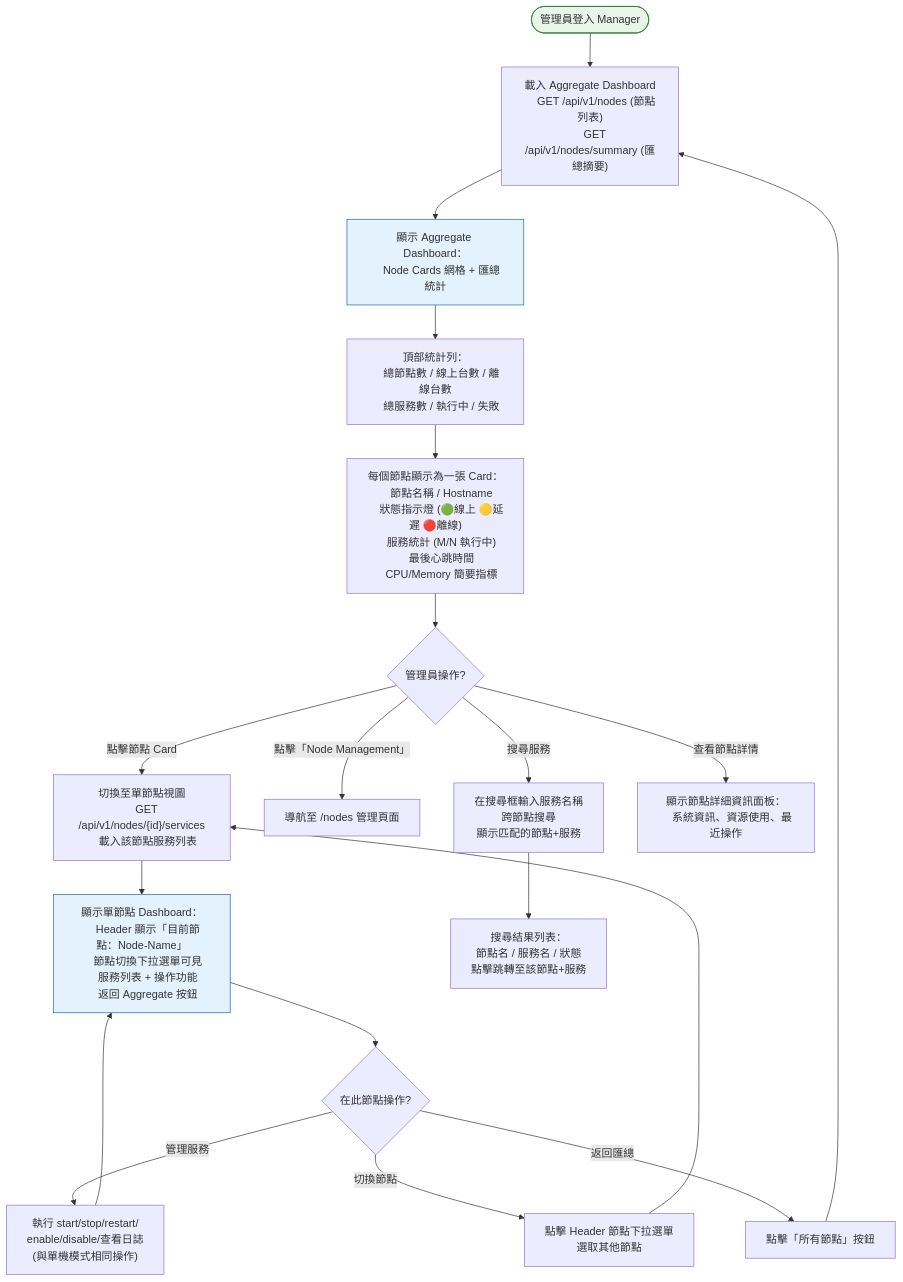
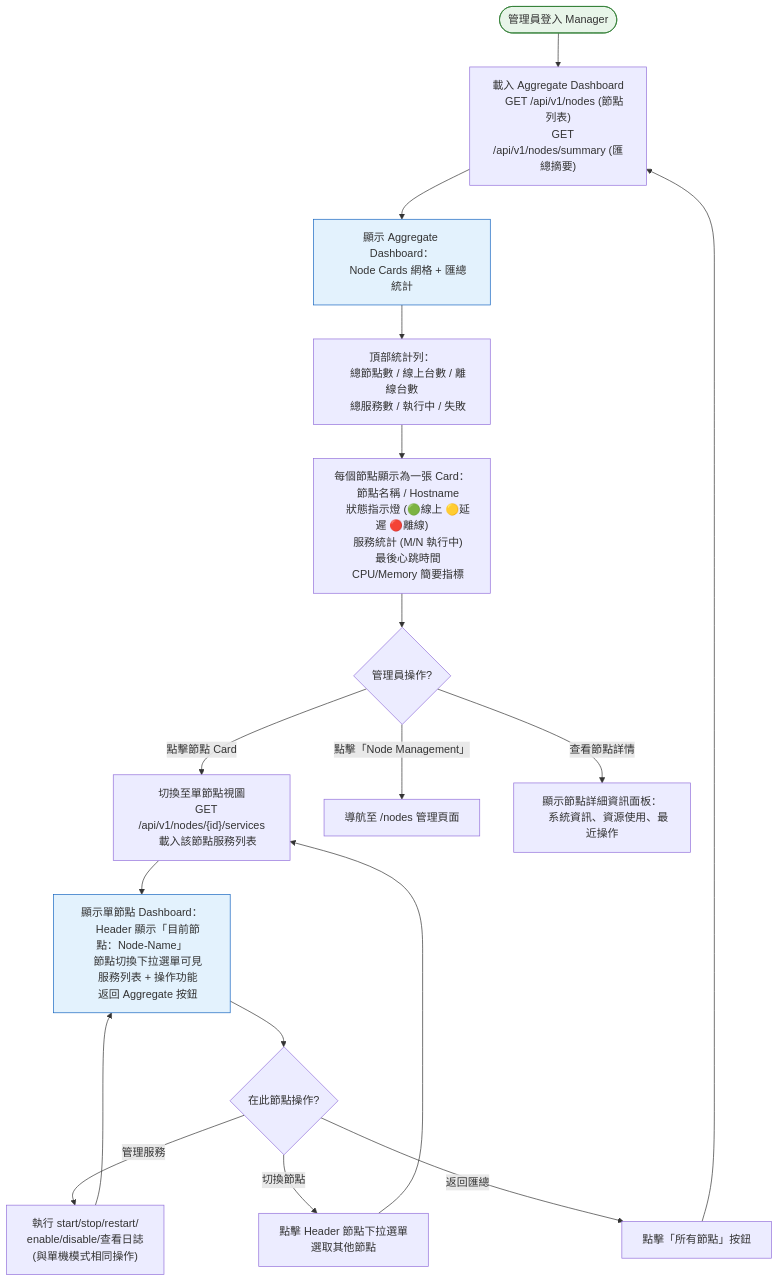
The first of 4 diagrams in docs/interaction-flows/014-multi-node-agent-management.md (YuHaoLiaoSideProject/LinuxServiceManger), drawn with Mermaid before and after one commit. The commit also changed other lines of this file and 42 other files, not shown here.

````diff
--- a/docs/interaction-flows/014-multi-node-agent-management.md
+++ b/docs/interaction-flows/014-multi-node-agent-management.md
@@ -34,64 +36,56 @@
 ```mermaid
 flowchart TD
     Start([管理員登入 Manager])
 
     Start --> LoadAgg["載入 Aggregate Dashboard
     GET /api/v1/nodes (節點列表)
     GET /api/v1/nodes/summary (匯總摘要)"]
 
     LoadAgg --> AggView[顯示 Aggregate Dashboard：
     Node Cards 網格 + 匯總統計]
 
     AggView --> AggStats["頂部統計列：
     總節點數 / 線上台數 / 離線台數
     總服務數 / 執行中 / 失敗"]
 
     AggStats --> NodeCards["每個節點顯示為一張 Card：
     節點名稱 / Hostname
     狀態指示燈 (🟢線上 🟡延遲 🔴離線)
     服務統計 (M/N 執行中)
     最後心跳時間
     CPU/Memory 簡要指標"]
 
     NodeCards --> UserAction{管理員操作?}
 
     UserAction -- 點擊節點 Card --> SwitchNode["切換至單節點視圖
     GET /api/v1/nodes/{id}/services
     載入該節點服務列表"]
 
     SwitchNode --> SingleNodeView[顯示單節點 Dashboard：
     Header 顯示「目前節點：Node-Name」
     節點切換下拉選單可見
     服務列表 + 操作功能
     返回 Aggregate 按鈕]
 
     SingleNodeView --> NodeOps{在此節點操作?}
 
     NodeOps -- 管理服務 --> ServiceMgmt["執行 start/stop/restart/
     enable/disable/查看日誌
     (與單機模式相同操作)"]
     NodeOps -- 切換節點 --> NodeDropdown[點擊 Header 節點下拉選單
     選取其他節點]
     NodeOps -- 返回匯總 --> BackAgg[點擊「所有節點」按鈕]
 
     ServiceMgmt --> SingleNodeView
     NodeDropdown --> SwitchNode
     BackAgg --> LoadAgg
 
     UserAction -- 點擊「Node Management」 --> NodeMgmt[導航至 /nodes 管理頁面]
 
-    UserAction -- 搜尋服務 --> SearchSvc["在搜尋框輸入服務名稱
-    跨節點搜尋
-    顯示匹配的節點+服務"]
-
-    SearchSvc --> SearchResult[搜尋結果列表：
-    節點名 / 服務名 / 狀態
-    點擊跳轉至該節點+服務]
-
     UserAction -- 查看節點詳情 --> NodeDetail[顯示節點詳細資訊面板：
     系統資訊、資源使用、最近操作]
 
     style Start fill:#e8f5e9,stroke:#2e7d32
     style AggView fill:#e3f2fd,stroke:#1565c0
     style SingleNodeView fill:#e3f2fd,stroke:#1565c0
 ```
````
